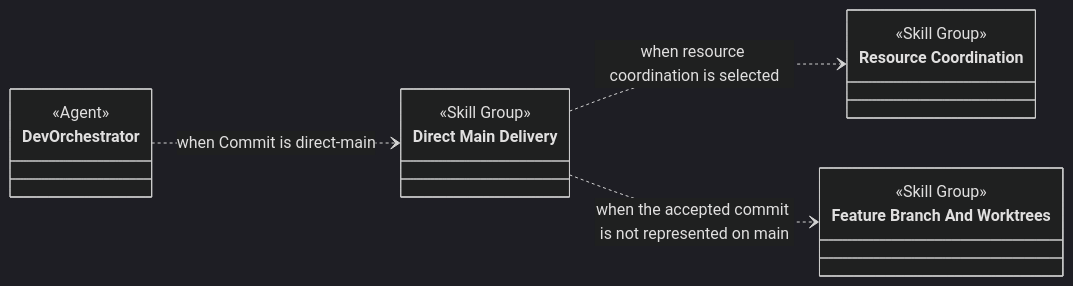
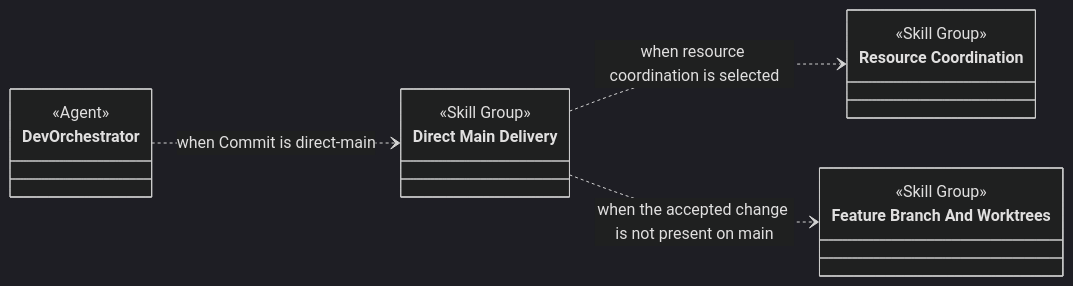
The first of 3 diagrams in design/skill-groups/direct-main-delivery.md (martinbechard/dev-methodology), drawn with Mermaid (dark theme) before and after one commit. The commit also changed other lines of this file and 3 other files, not shown here.

Commit message:
Clarify direct-main integration condition

````diff
--- a/design/skill-groups/direct-main-delivery.md
+++ b/design/skill-groups/direct-main-delivery.md
@@ -17,21 +17,21 @@
 ```mermaid
 classDiagram
     direction LR
 
     class DevOrchestrator {
         <<Agent>>
     }
     class DirectMainDelivery["Direct Main Delivery"] {
         <<Skill Group>>
     }
     class ResourceCoordination["Resource Coordination"] {
         <<Skill Group>>
     }
     class FeatureBranchAndWorktrees["Feature Branch And Worktrees"] {
         <<Skill Group>>
     }
 
     DevOrchestrator ..> DirectMainDelivery : when Commit is direct-main
     DirectMainDelivery ..> ResourceCoordination : when resource coordination is selected
-    DirectMainDelivery ..> FeatureBranchAndWorktrees : when the accepted commit is not represented on main
+    DirectMainDelivery ..> FeatureBranchAndWorktrees : when the accepted change is not present on main
 ```
````
